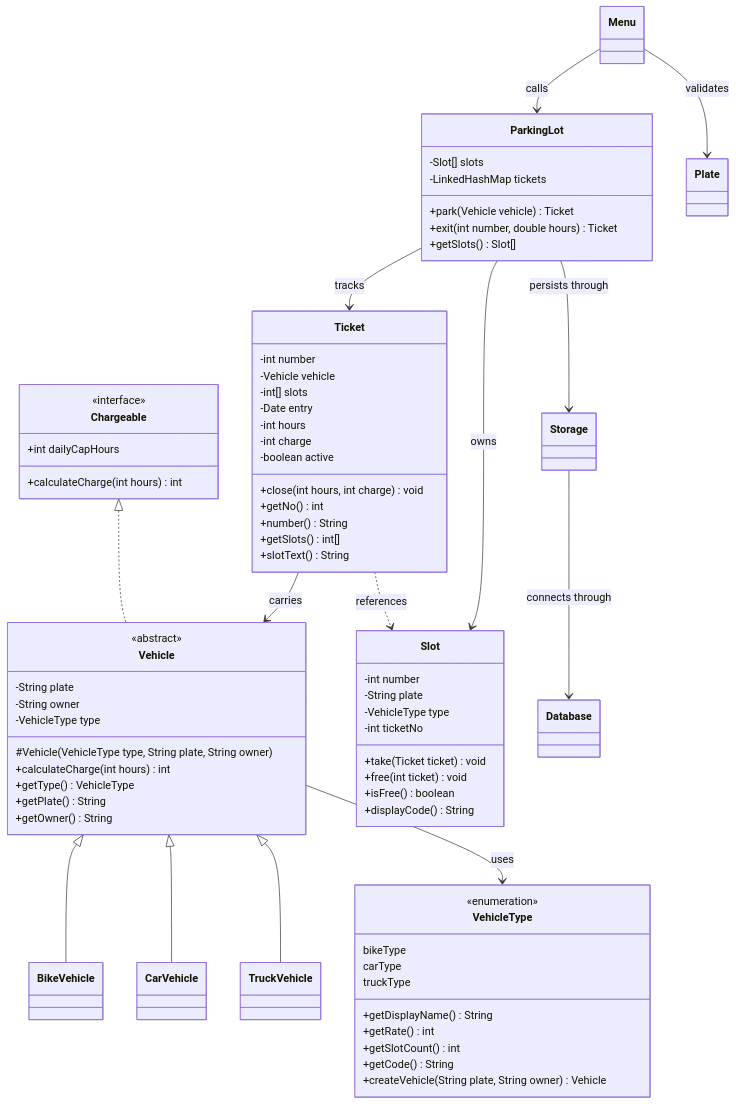
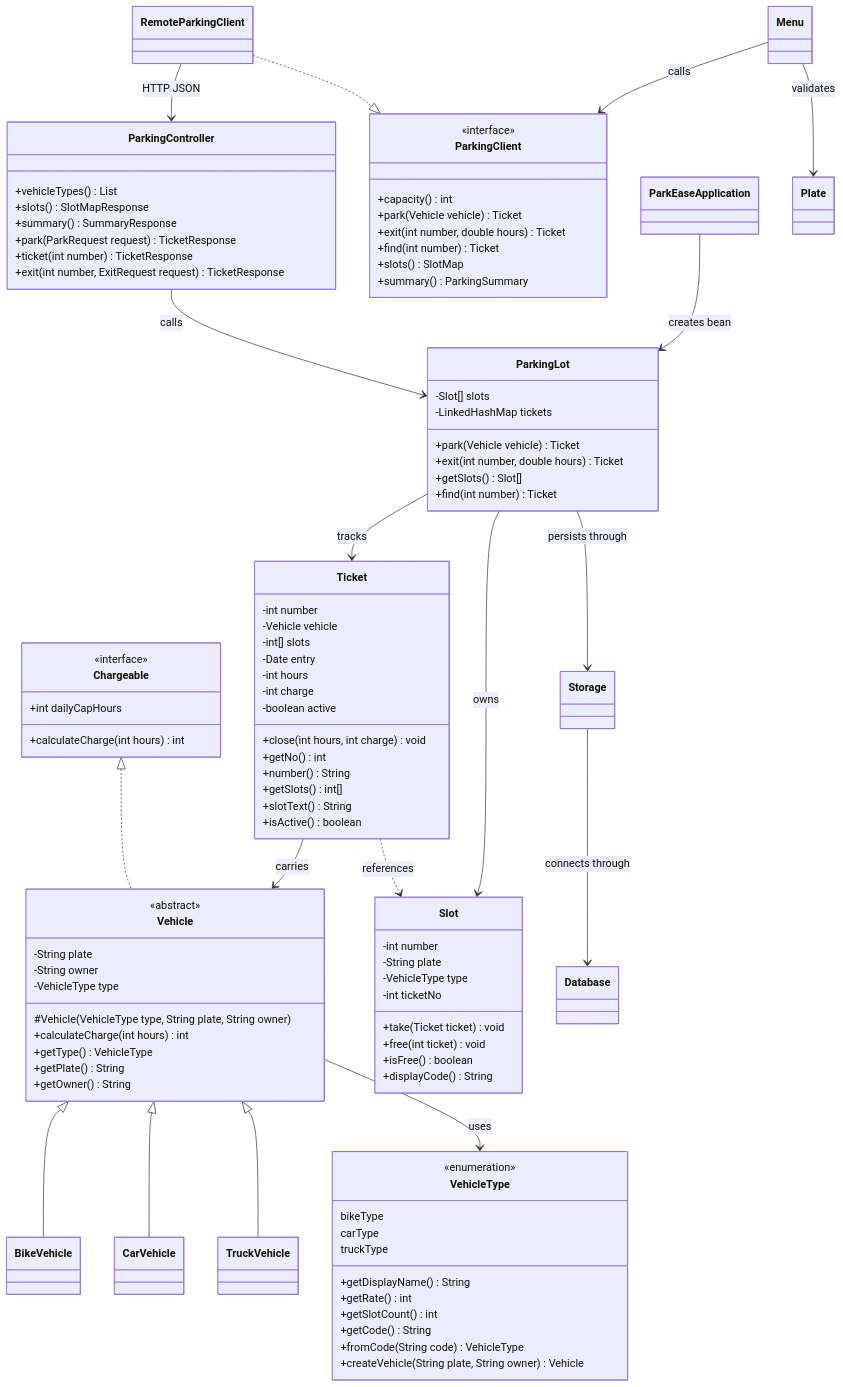
Before and after one commit to Tams3d/ParkEase: the diagram in TECHNICAL_GUIDE.md, drawn with Mermaid. The commit also changed other lines of this file and 82 other files, not shown here.

````diff
--- a/TECHNICAL_GUIDE.md
+++ b/TECHNICAL_GUIDE.md
@@ -66,6 +91,7 @@
         +getRate() int
         +getSlotCount() int
         +getCode() String
+        +fromCode(String code) VehicleType
         +createVehicle(String plate, String owner) Vehicle
     }
 
@@ -93,6 +119,7 @@
         +number() String
         +getSlots() int[]
         +slotText() String
+        +isActive() boolean
     }
 
     class ParkingLot {
@@ -101,11 +128,33 @@
         +park(Vehicle vehicle) Ticket
         +exit(int number, double hours) Ticket
         +getSlots() Slot[]
+        +find(int number) Ticket
     }
 
+    class ParkingController {
+        +vehicleTypes() List
+        +slots() SlotMapResponse
+        +summary() SummaryResponse
+        +park(ParkRequest request) TicketResponse
+        +ticket(int number) TicketResponse
+        +exit(int number, ExitRequest request) TicketResponse
+    }
+
+    class ParkingClient {
+        <<interface>>
+        +capacity() int
+        +park(Vehicle vehicle) Ticket
+        +exit(int number, double hours) Ticket
+        +find(int number) Ticket
+        +slots() SlotMap
+        +summary() ParkingSummary
+    }
+
+    class RemoteParkingClient
+    class Menu
+    class ParkEaseApplication
     class Storage
     class Database
-    class Menu
     class Plate
 
     Chargeable <|.. Vehicle
@@ -119,6 +168,10 @@
     ParkingLot --> Ticket : tracks
     ParkingLot --> Storage : persists through
     Storage --> Database : connects through
-    Menu --> ParkingLot : calls
+    ParkingController --> ParkingLot : calls
+    ParkEaseApplication --> ParkingLot : creates bean
+    RemoteParkingClient ..|> ParkingClient
+    RemoteParkingClient --> ParkingController : HTTP JSON
+    Menu --> ParkingClient : calls
     Menu --> Plate : validates
 ```
````
